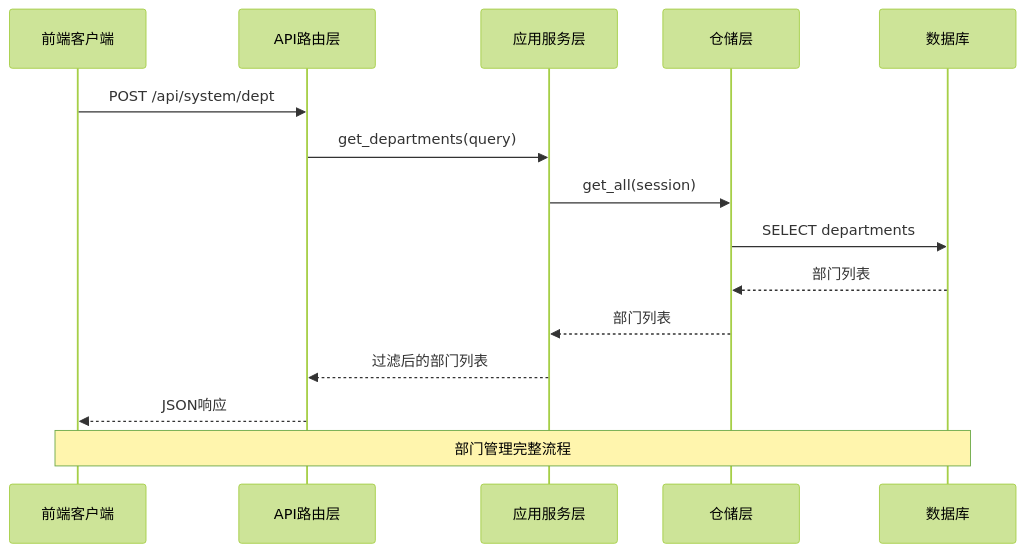
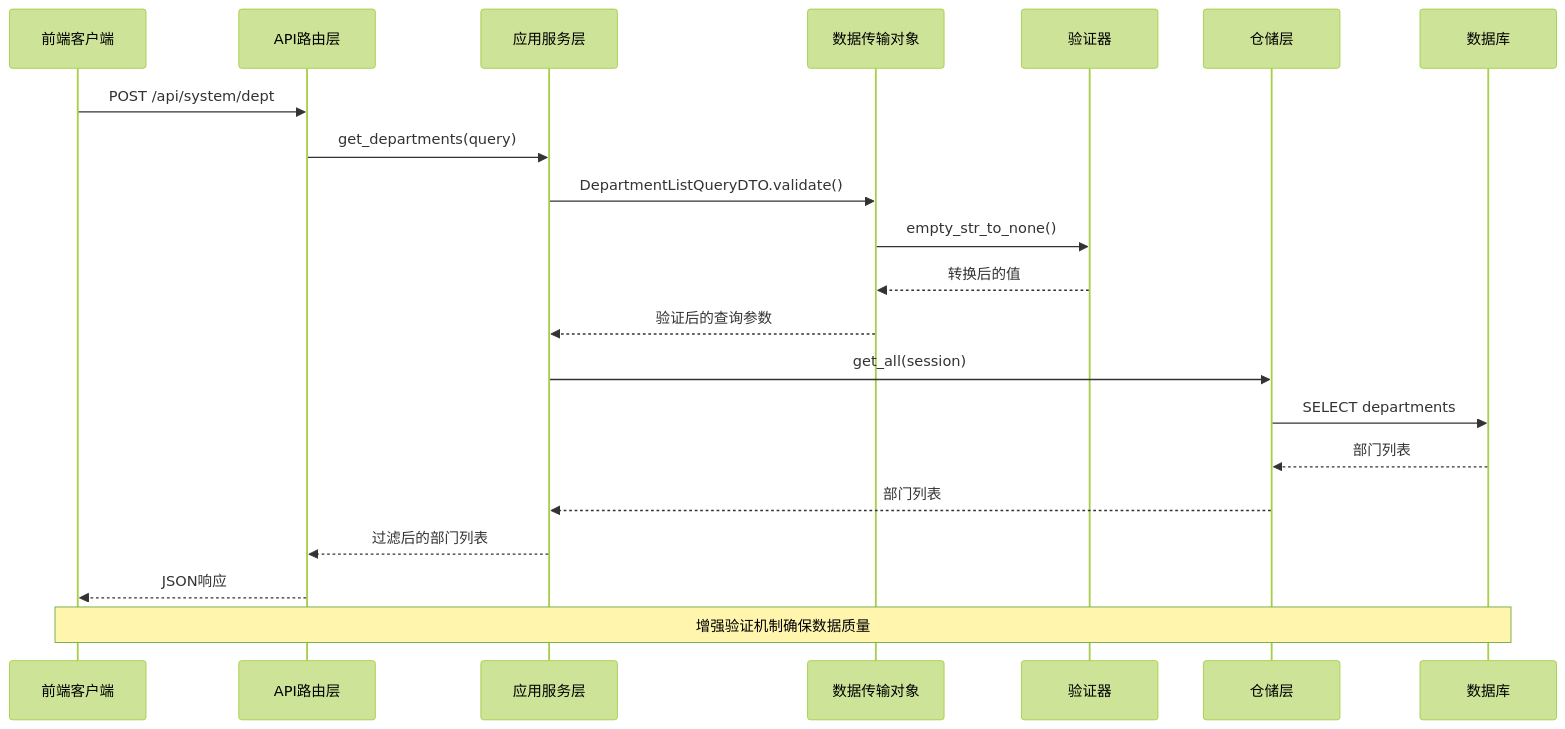
The second of 6 diagrams in .qoder/repowiki/zh/content/Department Management.md (taoweidong/Hello-FastApi), drawn with Mermaid (forest theme) before and after one commit. The commit also changed other lines of this file and 71 other files, not shown here.

````diff
--- a/.qoder/repowiki/zh/content/Department Management.md
+++ b/.qoder/repowiki/zh/content/Department Management.md
@@ -126,17 +162,23 @@
 ```mermaid
 sequenceDiagram
 participant Client as 前端客户端
 participant API as API路由层
 participant Service as 应用服务层
+participant DTO as 数据传输对象
+participant Validators as 验证器
 participant Repo as 仓储层
 participant DB as 数据库
 Client->>API : POST /api/system/dept
 API->>Service : get_departments(query)
+Service->>DTO : DepartmentListQueryDTO.validate()
+DTO->>Validators : empty_str_to_none()
+Validators-->>DTO : 转换后的值
+DTO-->>Service : 验证后的查询参数
 Service->>Repo : get_all(session)
 Repo->>DB : SELECT departments
 DB-->>Repo : 部门列表
 Repo-->>Service : 部门列表
 Service-->>API : 过滤后的部门列表
 API-->>Client : JSON响应
-Note over Client,DB : 部门管理完整流程
+Note over Client,DB : 增强验证机制确保数据质量
 ```
````
